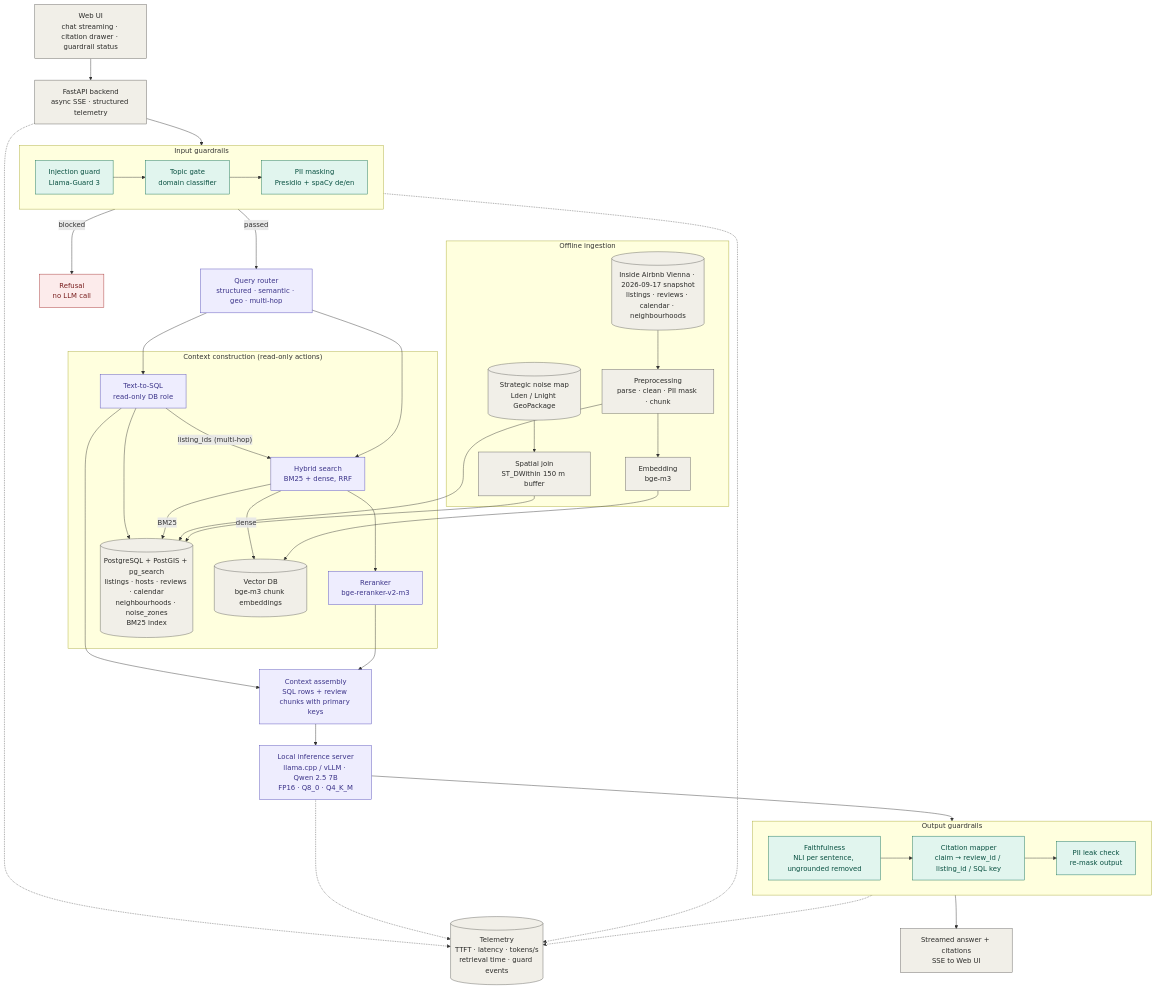
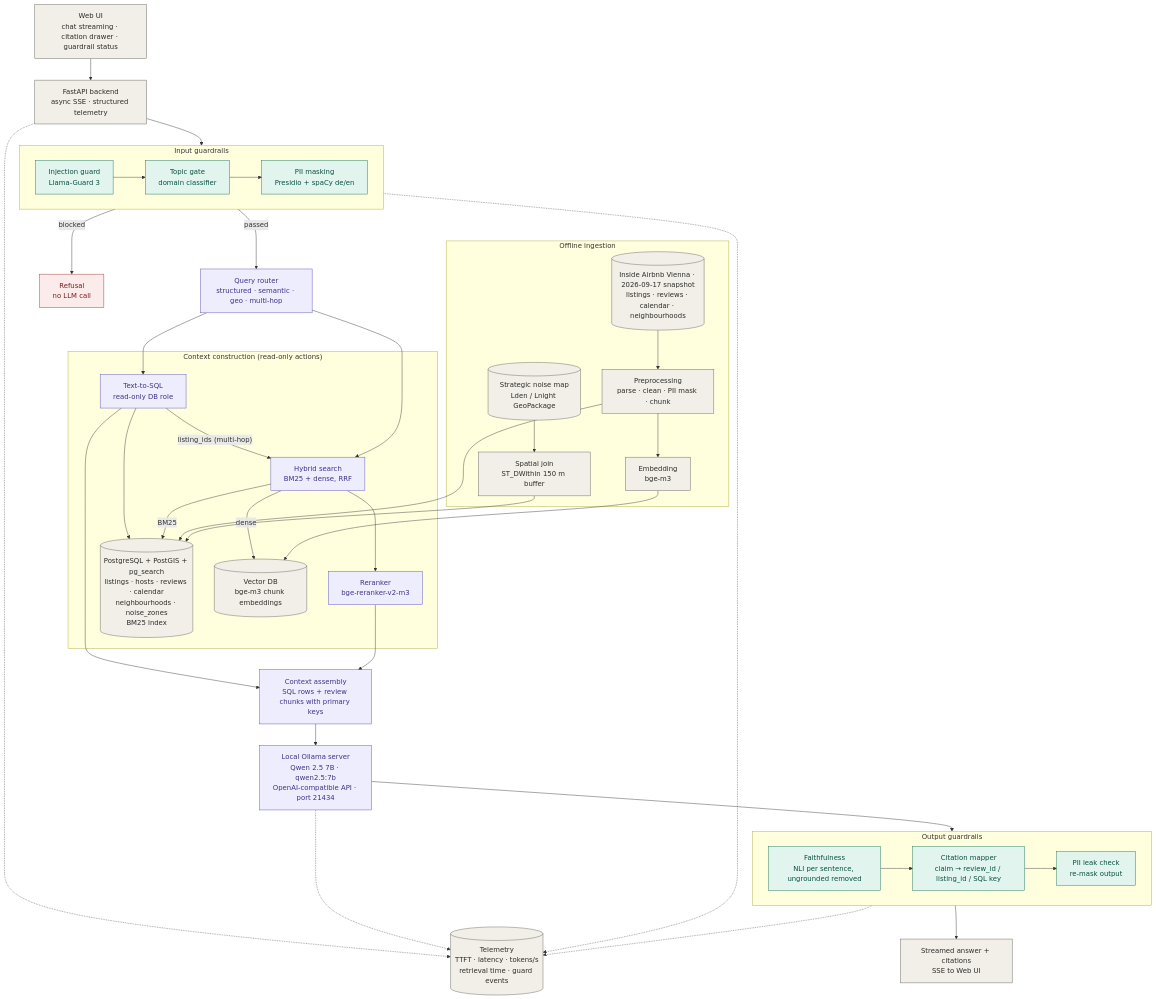
One commit to GeorgH02/SCAAI_group_G changed the diagram in docs/architecture.mermaid. Above: the diagram before and after it, drawn with Mermaid. The commit also changed 16 other files, not shown here.

First line of the commit message:
• Switch local inference to Ollama and improve data loading

```diff
--- a/docs/architecture.mermaid
+++ b/docs/architecture.mermaid
@@ -1,86 +1,86 @@
 flowchart TD
     %% Application tables live in database vienna_stay, schema vienna_stay_assistant.
     %% Target online architecture. Offline SQL/PostGIS schema and ingestion plus dense
     %% ingestion and five read-only Python query tools are implemented; pg_search/BM25,
     %% noise enrichment, text-to-SQL and public online flow remain planned.
     %% langchain_agent/tools.py registers fixed SQL tools; langchain_agent/workflow.py implements
     %% bounded local tool routing to evidence only, with required injected guards.
     UI["Web UI<br/>chat streaming · citation drawer · guardrail status"]
     API["FastAPI backend<br/>async SSE · structured telemetry"]
 
     subgraph IN["Input guardrails"]
         direction LR
         INJ["Injection guard<br/>Llama-Guard 3"]
         TOP["Topic gate<br/>domain classifier"]
         PII["PII masking<br/>Presidio + spaCy de/en"]
         INJ --> TOP --> PII
     end
 
     REJ["Refusal<br/>no LLM call"]
     ROUTER["Query router<br/>structured · semantic · geo · multi-hop"]
 
     subgraph CTX["Context construction (read-only actions)"]
         SQL["Text-to-SQL<br/>read-only DB role"]
         HYB["Hybrid search<br/>BM25 + dense, RRF"]
         RR["Reranker<br/>bge-reranker-v2-m3"]
         PG[("PostgreSQL + PostGIS + pg_search<br/>listings · hosts · reviews · calendar<br/>neighbourhoods · noise_zones<br/>BM25 index")]
         VDB[("Vector DB<br/>bge-m3 chunk embeddings")]
         SQL --> PG
         SQL -- "listing_ids (multi-hop)" --> HYB
         HYB -- "BM25" --> PG
         HYB -- "dense" --> VDB
         HYB --> RR
     end
 
     ASM["Context assembly<br/>SQL rows + review chunks with primary keys"]
-    LLM["Local inference server<br/>llama.cpp / vLLM · Qwen 2.5 7B<br/>FP16 · Q8_0 · Q4_K_M"]
+    LLM["Local Ollama server<br/>Qwen 2.5 7B · qwen2.5:7b<br/>OpenAI-compatible API · port 21434"]
 
     subgraph OUTG["Output guardrails"]
         direction LR
         FAITH["Faithfulness<br/>NLI per sentence, ungrounded removed"]
         CITE["Citation mapper<br/>claim → review_id / listing_id / SQL key"]
         LEAK["PII leak check<br/>re-mask output"]
         FAITH --> CITE --> LEAK
     end
 
     OUT["Streamed answer + citations<br/>SSE to Web UI"]
 
     subgraph ING["Offline ingestion"]
         AIR[("Inside Airbnb Vienna · 2026-09-17 snapshot<br/>listings · reviews · calendar · neighbourhoods")]
         NOISE[("Strategic noise map<br/>Lden / Lnight GeoPackage")]
         PREP["Preprocessing<br/>parse · clean · PII mask · chunk"]
         EMB["Embedding<br/>bge-m3"]
         SPATIAL["Spatial join<br/>ST_DWithin 150 m buffer"]
         AIR --> PREP --> EMB
         NOISE --> SPATIAL
     end
 
     TEL[("Telemetry<br/>TTFT · latency · tokens/s<br/>retrieval time · guard events")]
 
     UI --> API --> IN
     IN -- "blocked" --> REJ
     IN -- "passed" --> ROUTER
     ROUTER --> SQL
     ROUTER --> HYB
     SQL --> ASM
     RR --> ASM
     ASM --> LLM --> OUTG --> OUT
 
     PREP --> PG
     EMB --> VDB
     SPATIAL --> PG
 
     API -.-> TEL
     IN -.-> TEL
     LLM -.-> TEL
     OUTG -.-> TEL
 
     classDef guard fill:#E1F5EE,stroke:#0F6E56,color:#085041
     classDef core fill:#EEEDFE,stroke:#534AB7,color:#3C3489
     classDef infra fill:#F1EFE8,stroke:#5F5E5A,color:#2C2C2A
     classDef reject fill:#FCEBEB,stroke:#A32D2D,color:#791F1F
 
     class INJ,TOP,PII,FAITH,CITE,LEAK guard
     class ROUTER,SQL,HYB,RR,ASM,LLM core
     class UI,API,OUT,PG,VDB,AIR,NOISE,PREP,EMB,SPATIAL,TEL infra
     class REJ reject
```
